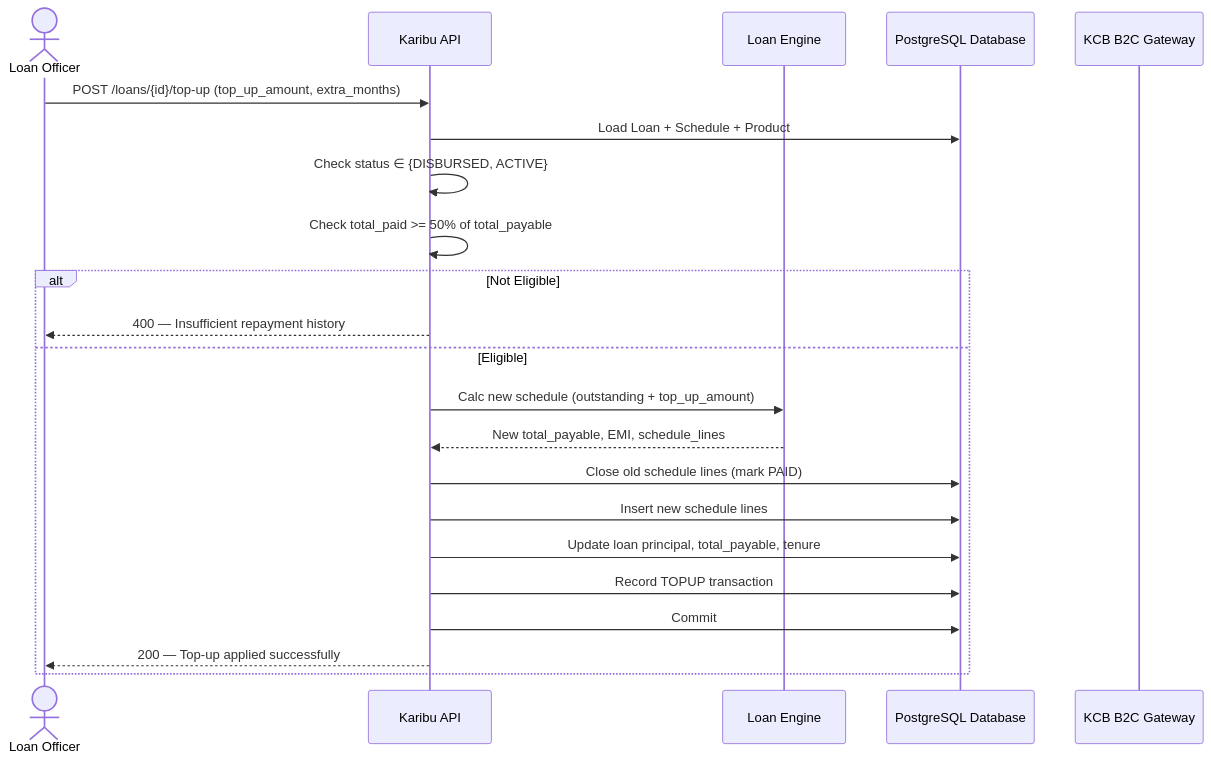
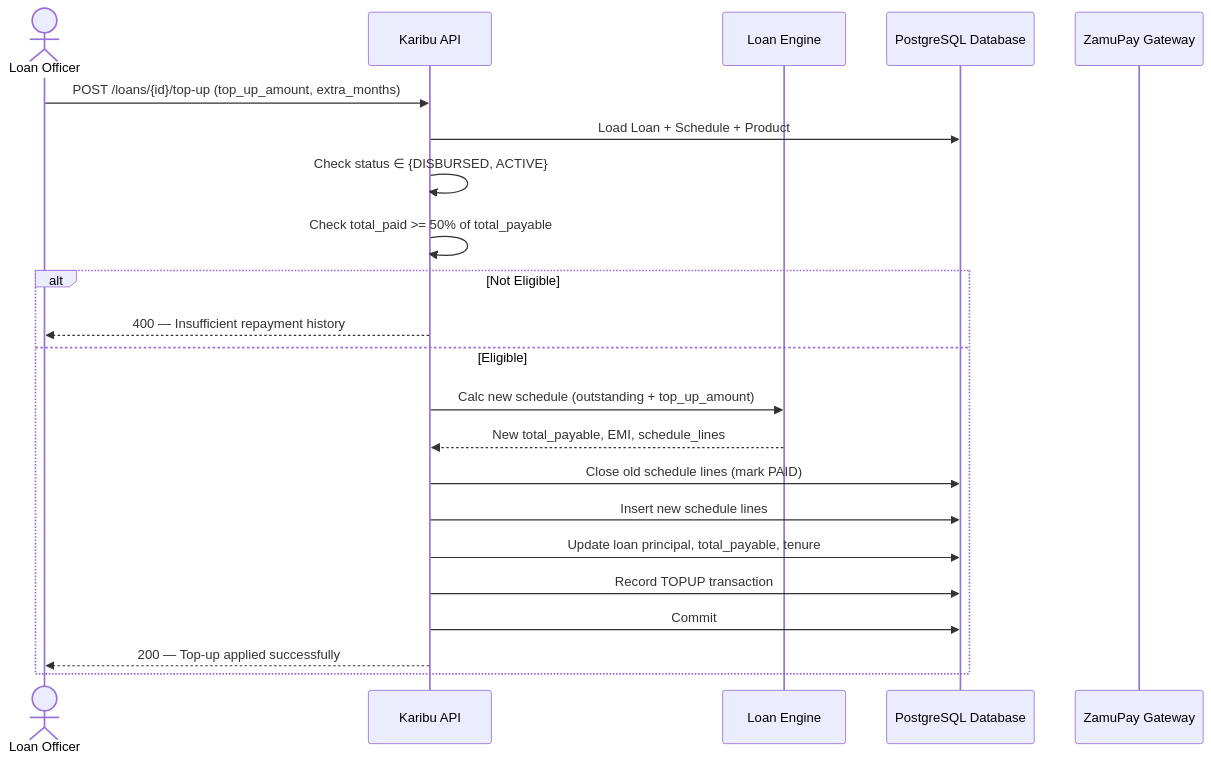
One commit to MuthamiM/karibu-credit changed the fourth of 5 diagrams in docs/docs.md. Above: the diagram before and after it, drawn with Mermaid. The commit also changed other lines of this file and 6 other files, not shown here.

Commit message:
chore: purge all legacy KCB references from frontend, docs, and design scripts — replaced with ZamuPay

````diff
--- a/docs/docs.md
+++ b/docs/docs.md
@@ -102,26 +102,26 @@
 ```mermaid
 sequenceDiagram
     actor Officer as Loan Officer
     participant API as Karibu API
     participant Engine as Loan Engine
     participant DB as PostgreSQL Database
-    participant KCB as KCB B2C Gateway
+    participant ZamuPay as ZamuPay Gateway
 
     Officer->>API: POST /loans/{id}/top-up (top_up_amount, extra_months)
     API->>DB: Load Loan + Schedule + Product
     API->>API: Check status ∈ {DISBURSED, ACTIVE}
     API->>API: Check total_paid >= 50% of total_payable
 
     alt Not Eligible
         API-->>Officer: 400 — Insufficient repayment history
     else Eligible
         API->>Engine: Calc new schedule (outstanding + top_up_amount)
         Engine-->>API: New total_payable, EMI, schedule_lines
         API->>DB: Close old schedule lines (mark PAID)
         API->>DB: Insert new schedule lines
         API->>DB: Update loan principal, total_payable, tenure
         API->>DB: Record TOPUP transaction
         API->>DB: Commit
         API-->>Officer: 200 — Top-up applied successfully
     end
 ```
````
